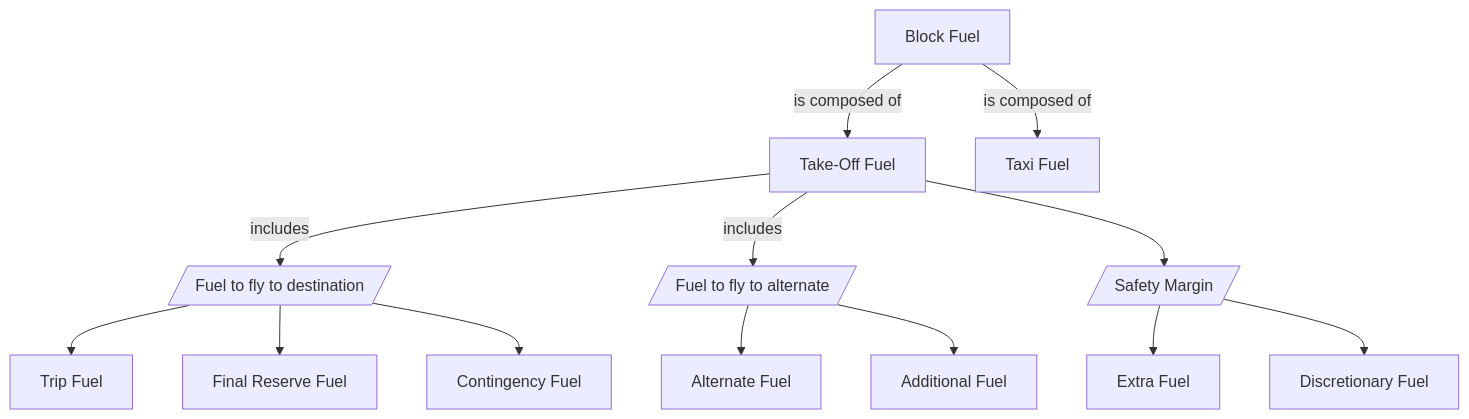
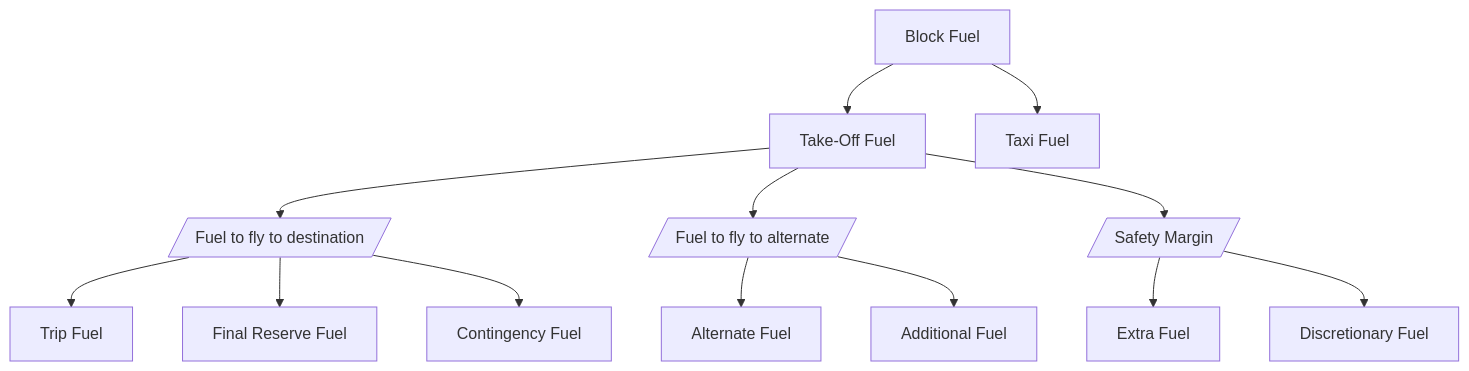
One commit to johkoenig/atpl-qrh changed the second of 2 diagrams in 031-Mass-and-Balance.md. Above: the diagram before and after it, drawn with Mermaid. The commit also changed other lines of this file, not shown here.

````diff
--- a/031-Mass-and-Balance.md
+++ b/031-Mass-and-Balance.md
@@ -41,18 +41,18 @@
 ```mermaid
 flowchart TD
-    A[Block Fuel] -->|is composed of| B[Take-Off Fuel]
-    A -->|is composed of| C[Taxi Fuel]
+    A[Block Fuel] --> B[Take-Off Fuel]
+    A --> C[Taxi Fuel]
 
-    B -->|includes| D[/Fuel to fly to destination/]
+    B --> D[/Fuel to fly to destination/]
     D --> E[Trip Fuel]
     D --> F[Final Reserve Fuel]
     D --> G[Contingency Fuel]
 
-    B -->|includes| H[/Fuel to fly to alternate/]
+    B --> H[/Fuel to fly to alternate/]
     H --> I[Alternate Fuel]
     H --> J[Additional Fuel]
 
     B --> K[/Safety Margin/]
     K --> L[Extra Fuel]
     K --> M[Discretionary Fuel]
 ```
````
